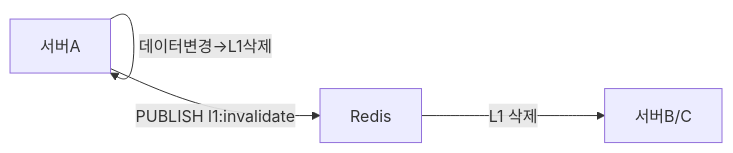
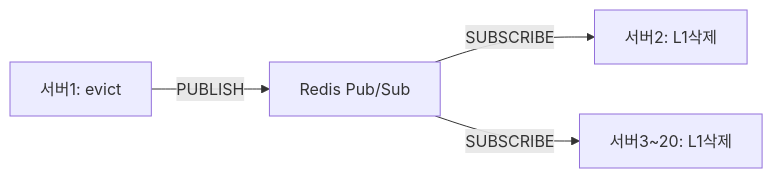
One commit to yjkim2015/yjkim2015.github.io changed the fifth of 8 diagrams in _posts/caching/2026-05-03-multi-layer-caching.md. Above: the diagram before and after it, drawn with Mermaid. The commit also changed other lines of this file and 4 other files, not shown here.

````diff
--- a/_posts/caching/2026-05-03-multi-layer-caching.md
+++ b/_posts/caching/2026-05-03-multi-layer-caching.md
@@ -343,9 +597,6 @@
 ```mermaid
 graph LR
-    SA["서버A"]
-    R["Redis"]
-    SB["서버B/C"]
-    SA -->|"데이터변경→L1삭제"| SA
-    SA -->|"PUBLISH l1:invalidate"| R
-    R -->|"L1 삭제"| SB
+    S1["서버1: evict"] -->|"PUBLISH"| R["Redis Pub/Sub"]
+    R -->|"SUBSCRIBE"| S2["서버2: L1삭제"]
+    R -->|"SUBSCRIBE"| S3["서버3~20: L1삭제"]
 ```
````
